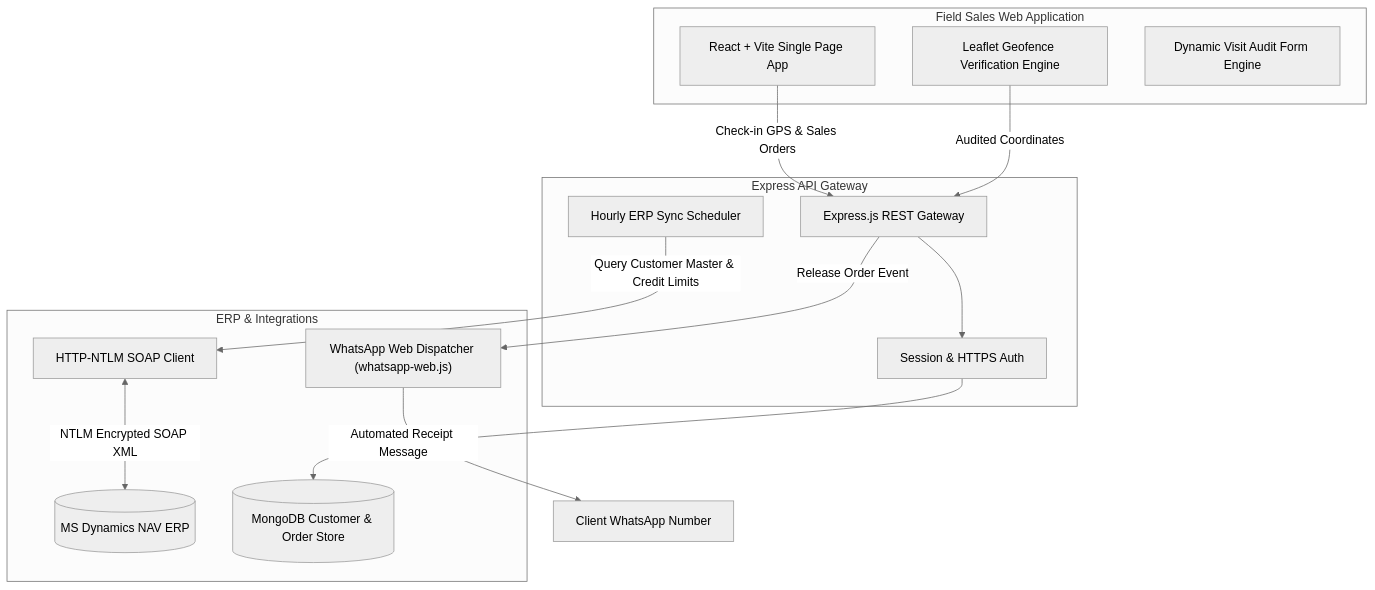
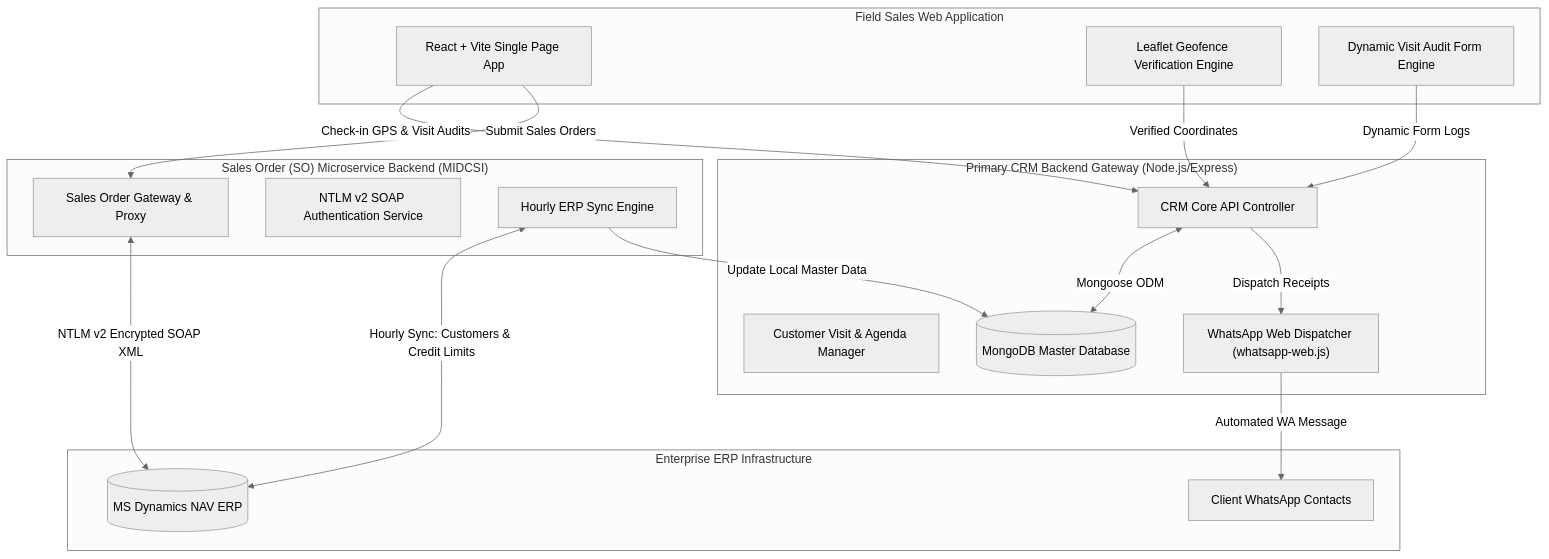
Before and after one commit to Ham144/Ham144: the fourth of 6 diagrams in README.md, drawn with Mermaid (neutral theme). The commit also changed other lines of this file, not shown here.

Commit message:
docs: add S-BIT dual-backend microservice architecture and fix Inventory Audit Mermaid syntax error

````diff
--- a/README.md
+++ b/README.md
@@ -282,30 +284,38 @@
 ```mermaid
 graph TB
     subgraph Mobile_Client["Field Sales Web Application"]
         SalesUI["React + Vite Single Page App"]
         GPSModule["Leaflet Geofence Verification Engine"]
         FormBuilder["Dynamic Visit Audit Form Engine"]
     end
 
-    subgraph Backend_Gateway["Express API Gateway"]
-        ExpressAPI["Express.js REST Gateway"]
-        AuthMiddleware["Session & HTTPS Auth"]
-        CronSync["Hourly ERP Sync Scheduler"]
+    subgraph Primary_Backend["Primary CRM Backend Gateway (Node.js/Express)"]
+        CRM_API["CRM Core API Controller"]
+        VisitEngine["Customer Visit & Agenda Manager"]
+        WA_Dispatcher["WhatsApp Web Dispatcher (whatsapp-web.js)"]
+        MongoDB[(MongoDB Master Database)]
     end
 
-    subgraph Enterprise_ERP["ERP & Integrations"]
-        SOAPClient["HTTP-NTLM SOAP Client"]
-        DynamicsERP[(MS Dynamics NAV ERP)]
-        WA_Dispatcher["WhatsApp Web Dispatcher (whatsapp-web.js)"]
-        MongoDB[(MongoDB Customer & Order Store)]
+    subgraph SO_Microservice["Sales Order (SO) Microservice Backend (MIDCSI)"]
+        SO_Gateway["Sales Order Gateway & Proxy"]
+        NTLM_Auth["NTLM v2 SOAP Authentication Service"]
+        CronSync["Hourly ERP Sync Engine"]
     end
 
-    SalesUI -->|Check-in GPS & Sales Orders| ExpressAPI
-    GPSModule -->|Audited Coordinates| ExpressAPI
-    ExpressAPI --> AuthMiddleware
-    AuthMiddleware --> MongoDB
-    CronSync -->|Query Customer Master & Credit Limits| SOAPClient
-    SOAPClient <-->|NTLM Encrypted SOAP XML| DynamicsERP
-    ExpressAPI -->|Release Order Event| WA_Dispatcher
-    WA_Dispatcher -->|Automated Receipt Message| ClientWA[Client WhatsApp Number]
+    subgraph Enterprise_ERP["Enterprise ERP Infrastructure"]
+        DynamicsERP[(MS Dynamics NAV ERP)]
+        ClientWA[Client WhatsApp Contacts]
+    end
+
+    SalesUI -->|Check-in GPS & Visit Audits| CRM_API
+    GPSModule -->|Verified Coordinates| CRM_API
+    FormBuilder -->|Dynamic Form Logs| CRM_API
+    CRM_API <-->|Mongoose ODM| MongoDB
+    CRM_API -->|Dispatch Receipts| WA_Dispatcher
+    WA_Dispatcher -->|Automated WA Message| ClientWA
+
+    SalesUI -->|Submit Sales Orders| SO_Gateway
+    SO_Gateway <-->|NTLM v2 Encrypted SOAP XML| DynamicsERP
+    CronSync <-->|Hourly Sync: Customers & Credit Limits| DynamicsERP
+    CronSync -->|Update Local Master Data| MongoDB
 ```
````
